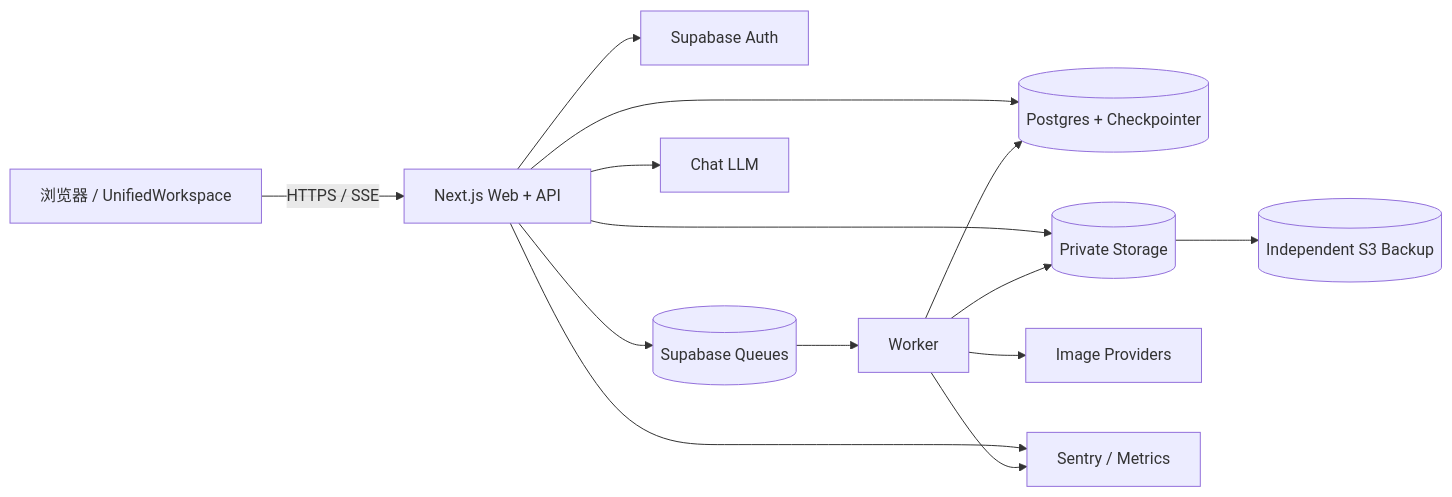
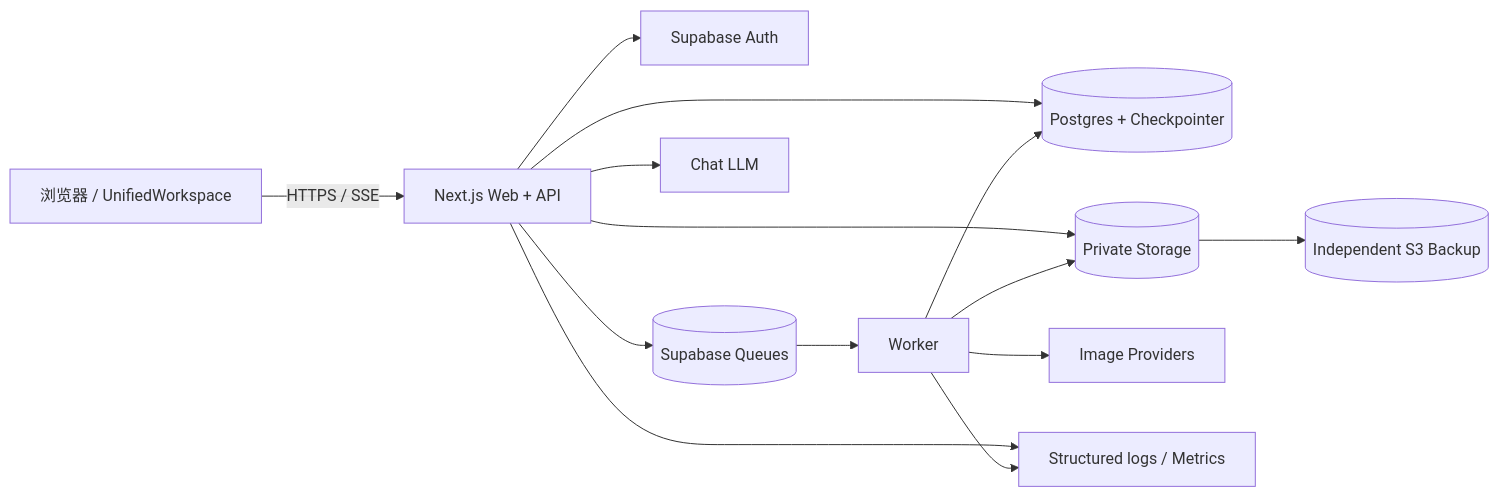
One commit to zhYAO/Image-web changed the first of 13 diagrams in doc/architecture.md. Above: the diagram before and after it, drawn with Mermaid. The commit also changed other lines of this file and 126 other files, not shown here.

````diff
--- a/doc/architecture.md
+++ b/doc/architecture.md
@@ -21,16 +21,16 @@
 ```mermaid
 flowchart LR
     U[浏览器 / UnifiedWorkspace] -->|HTTPS / SSE| W[Next.js Web + API]
     W --> A[Supabase Auth]
     W --> D[(Postgres + Checkpointer)]
     W --> Q[(Supabase Queues)]
     W --> S[(Private Storage)]
     W --> L[Chat LLM]
     Q --> K[Worker]
     K --> P[Image Providers]
     K --> S
     K --> D
-    W --> O[Sentry / Metrics]
+    W --> O[Structured logs / Metrics]
     K --> O
     S --> B[(Independent S3 Backup)]
 ```
````
